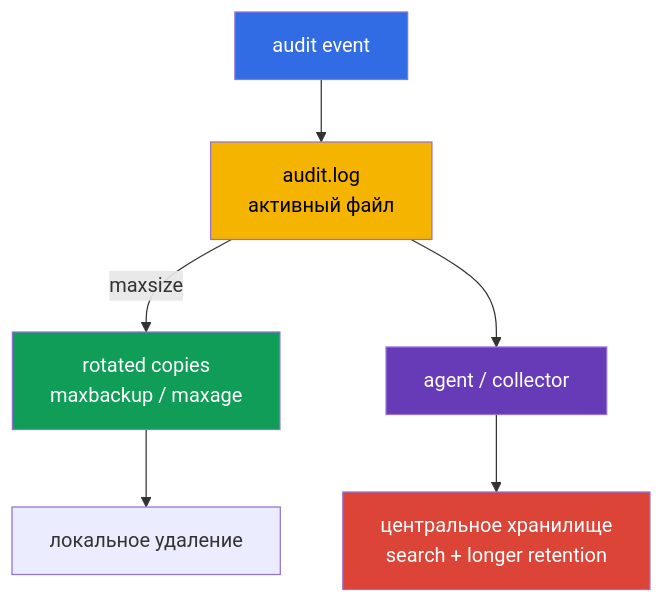
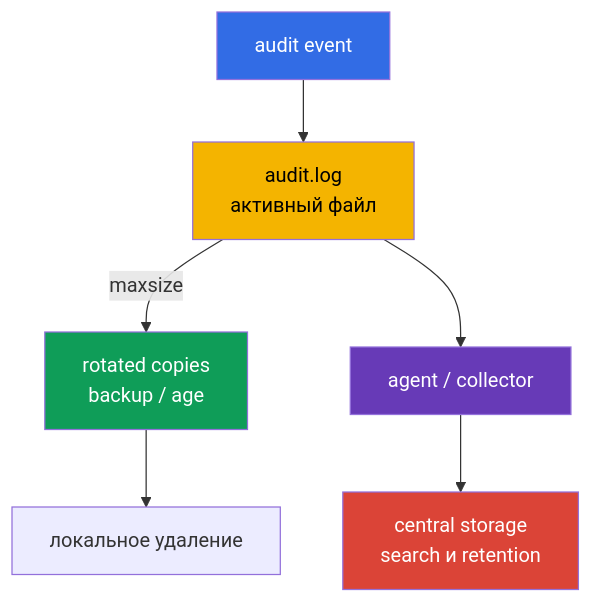
The third of 4 diagrams in tasks/cks/course/32/ru.md (ViktorUJ/cks), drawn with Mermaid before and after one commit. The commit also changed other lines of this file and 15 other files, not shown here.

````diff
--- a/tasks/cks/course/32/ru.md
+++ b/tasks/cks/course/32/ru.md
@@ -405,13 +408,13 @@
 ```mermaid
 flowchart TB
     event["audit event"] --> active["audit.log<br/>активный файл"]
-    active -->|"maxsize"| rotated["rotated copies<br/>maxbackup / maxage"]
+    active -->|"maxsize"| rotated["rotated copies<br/>backup / age"]
     active --> shipper["agent / collector"]
     rotated --> retention["локальное удаление"]
-    shipper --> immutable["центральное хранилище<br/>search + longer retention"]
+    shipper --> immutable["central storage<br/>search и retention"]
     style event fill:#326ce5,color:#fff
     style active fill:#f4b400,color:#000
     style rotated fill:#0f9d58,color:#fff
     style shipper fill:#673ab7,color:#fff
     style immutable fill:#db4437,color:#fff
 ```
````
